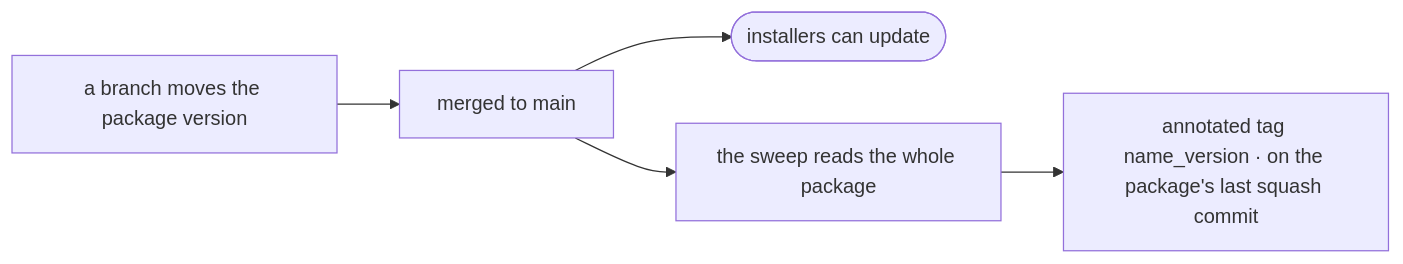
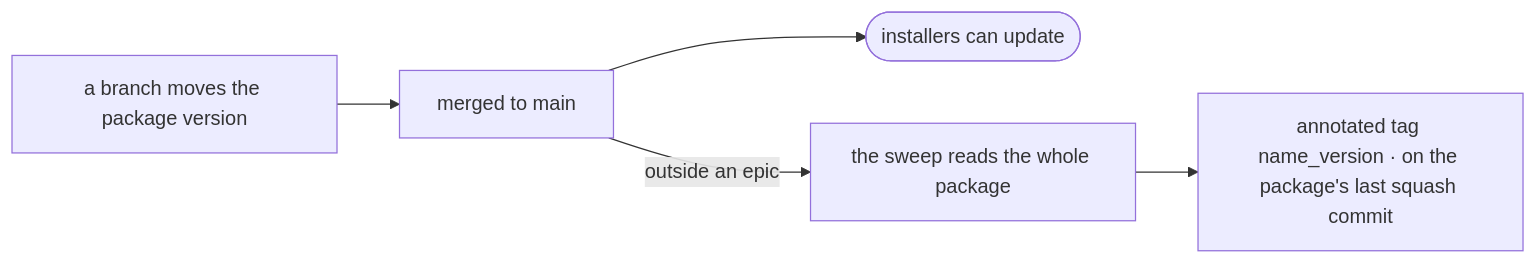
The fourth of 5 diagrams in docs/walkthrough.md (izkreny/agentifico), drawn with Mermaid before and after one commit. The commit also changed other lines of this file, not shown here.

Commit message:
fix(repo): say which release order each diagram draws (#486)
> 🤖 Written by AI --- read/modified by izkreny! 🤓

Closes: RF2

````diff
--- a/docs/walkthrough.md
+++ b/docs/walkthrough.md
@@ -77,7 +77,7 @@
 ```mermaid
 flowchart LR
     B["a branch moves the package version"] --> M["merged to main"]
     M --> U(["installers can update"])
-    M --> SW["the sweep reads the whole package"]
+    M -->|"outside an epic"| SW["the sweep reads the whole package"]
     SW --> T["annotated tag name_version · on the package's last squash commit"]
 ```
````
